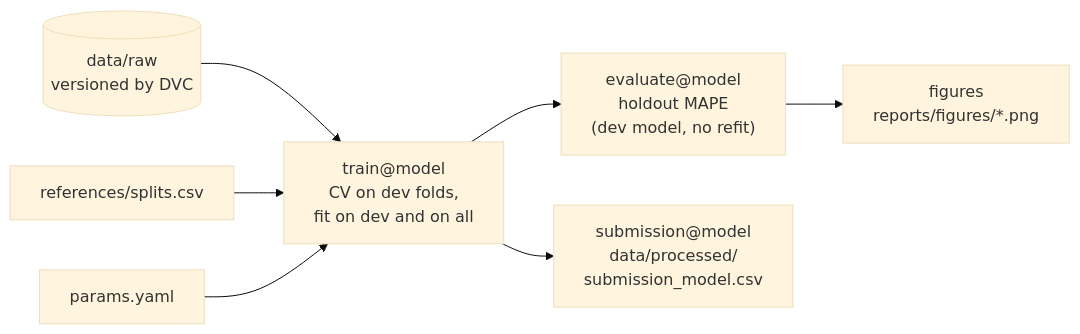
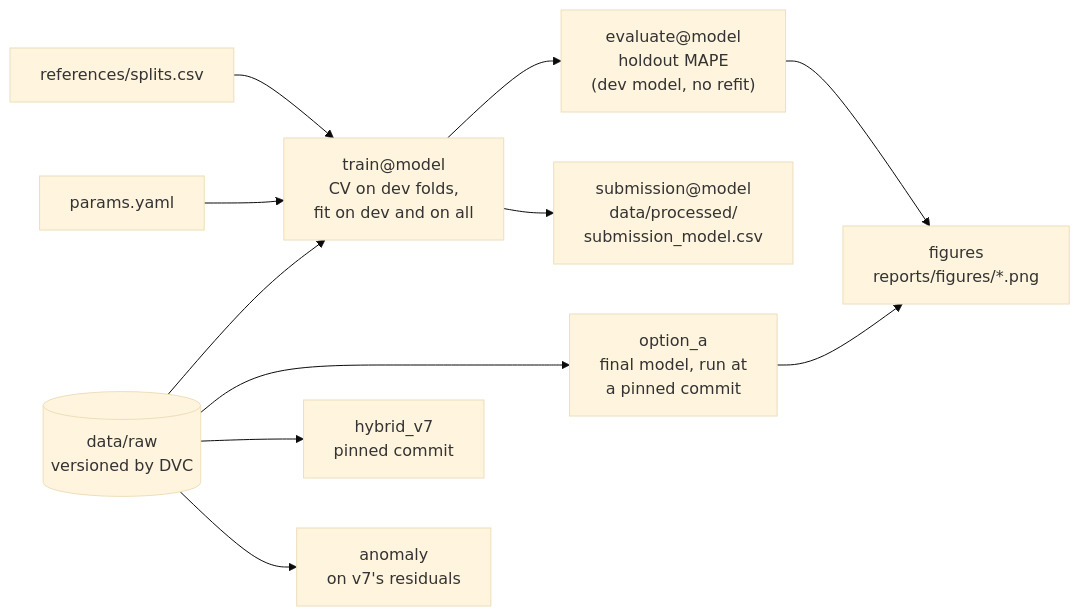
Before and after one commit to SwissDataScienceCenter/SDSC-STEM4Health-group15: the diagram in bioreactor_decoding/docs/mlops.md, drawn with Mermaid (base theme). The commit also changed other lines of this file and 24 other files, not shown here.

````diff
--- a/bioreactor_decoding/docs/mlops.md
+++ b/bioreactor_decoding/docs/mlops.md
@@ -8,9 +8,13 @@
 ```mermaid
 flowchart LR
     raw[(data/raw<br/>versioned by DVC)] --> train
     splits[references/splits.csv] --> train
     params[params.yaml] --> train
     train["train@model<br/>CV on dev folds,<br/>fit on dev and on all"] --> evaluate["evaluate@model<br/>holdout MAPE<br/>(dev model, no refit)"]
     train --> submission["submission@model<br/>data/processed/<br/>submission_model.csv"]
     evaluate --> figures["figures<br/>reports/figures/*.png"]
+    raw --> option_a["option_a<br/>final model, run at<br/>a pinned commit"]
+    option_a --> figures
+    raw --> v7["hybrid_v7<br/>pinned commit"]
+    raw --> anomaly["anomaly<br/>on v7's residuals"]
 ```
````
